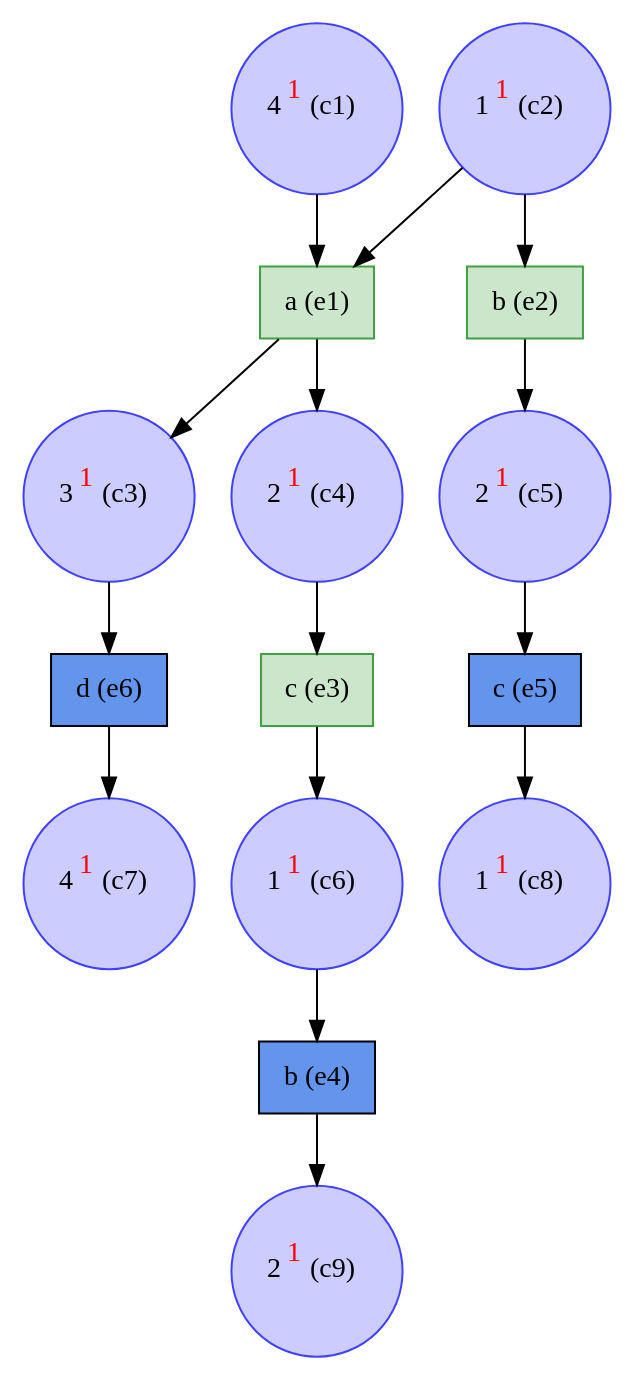
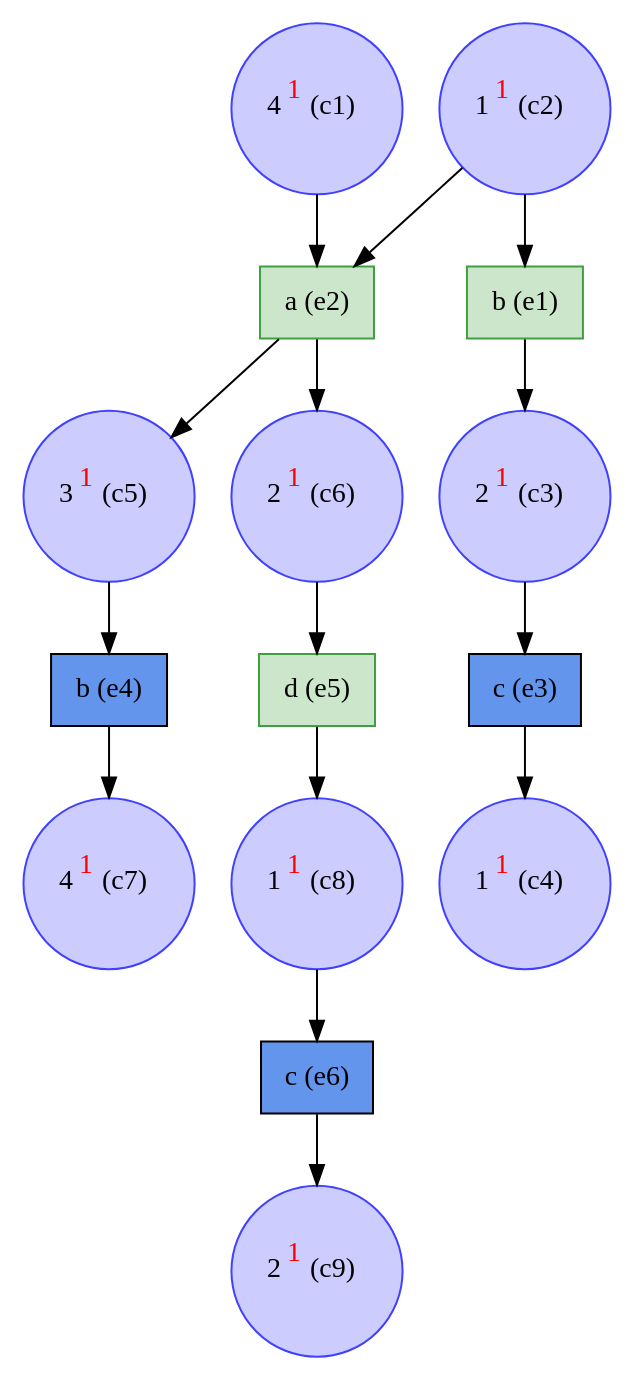
Before and after one commit to giannkas/ecofolder: the diagram in examples/stefan_slide/stefan_slide_unf.dot, drawn with Graphviz. The commit also changed 22 other files, not shown here.

```diff
--- a/examples/stefan_slide/stefan_slide_unf.dot
+++ b/examples/stefan_slide/stefan_slide_unf.dot
@@ -1,31 +1,31 @@
 digraph test {
-  c1 -> e1;
+  c1 -> e2;
   c2 -> e2;
   c2 -> e1;
   e1 -> c3;
-  c3 -> e6;
-  e1 -> c4;
-  c4 -> e3;
+  c3 -> e3;
+  e3 -> c4;
   e2 -> c5;
-  c5 -> e5;
-  e3 -> c6;
-  c6 -> e4;
-  e6 -> c7;
+  c5 -> e4;
+  e2 -> c6;
+  c6 -> e5;
+  e4 -> c7;
   e5 -> c8;
-  e4 -> c9;
+  c8 -> e6;
+  e6 -> c9;
   c1 [color="#4040ff" fillcolor="#ccccff" label= <4<FONT COLOR="red"><SUP>1</SUP></FONT>&nbsp;(c1)> shape=circle style=filled];
   c2 [color="#4040ff" fillcolor="#ccccff" label= <1<FONT COLOR="red"><SUP>1</SUP></FONT>&nbsp;(c2)> shape=circle style=filled];
-  c3 [color="#4040ff" fillcolor="#ccccff" label= <3<FONT COLOR="red"><SUP>1</SUP></FONT>&nbsp;(c3)> shape=circle style=filled];
-  c4 [color="#4040ff" fillcolor="#ccccff" label= <2<FONT COLOR="red"><SUP>1</SUP></FONT>&nbsp;(c4)> shape=circle style=filled];
-  c5 [color="#4040ff" fillcolor="#ccccff" label= <2<FONT COLOR="red"><SUP>1</SUP></FONT>&nbsp;(c5)> shape=circle style=filled];
-  c6 [color="#4040ff" fillcolor="#ccccff" label= <1<FONT COLOR="red"><SUP>1</SUP></FONT>&nbsp;(c6)> shape=circle style=filled];
+  c3 [color="#4040ff" fillcolor="#ccccff" label= <2<FONT COLOR="red"><SUP>1</SUP></FONT>&nbsp;(c3)> shape=circle style=filled];
+  c4 [color="#4040ff" fillcolor="#ccccff" label= <1<FONT COLOR="red"><SUP>1</SUP></FONT>&nbsp;(c4)> shape=circle style=filled];
+  c5 [color="#4040ff" fillcolor="#ccccff" label= <3<FONT COLOR="red"><SUP>1</SUP></FONT>&nbsp;(c5)> shape=circle style=filled];
+  c6 [color="#4040ff" fillcolor="#ccccff" label= <2<FONT COLOR="red"><SUP>1</SUP></FONT>&nbsp;(c6)> shape=circle style=filled];
   c7 [color="#4040ff" fillcolor="#ccccff" label= <4<FONT COLOR="red"><SUP>1</SUP></FONT>&nbsp;(c7)> shape=circle style=filled];
   c8 [color="#4040ff" fillcolor="#ccccff" label= <1<FONT COLOR="red"><SUP>1</SUP></FONT>&nbsp;(c8)> shape=circle style=filled];
   c9 [color="#4040ff" fillcolor="#ccccff" label= <2<FONT COLOR="red"><SUP>1</SUP></FONT>&nbsp;(c9)> shape=circle style=filled];
-  e1 [color="#409f40" fillcolor="#cce6cc" label="a (e1)" shape=box style=filled];
-  e2 [color="#409f40" fillcolor="#cce6cc" label="b (e2)" shape=box style=filled];
-  e3 [color="#409f40" fillcolor="#cce6cc" label="c (e3)" shape=box style=filled];
+  e1 [color="#409f40" fillcolor="#cce6cc" label="b (e1)" shape=box style=filled];
+  e2 [color="#409f40" fillcolor="#cce6cc" label="a (e2)" shape=box style=filled];
+  e3 [color=black fillcolor=cornflowerblue label="c (e3)" shape=box style=filled];
   e4 [color=black fillcolor=cornflowerblue label="b (e4)" shape=box style=filled];
-  e5 [color=black fillcolor=cornflowerblue label="c (e5)" shape=box style=filled];
-  e6 [color=black fillcolor=cornflowerblue label="d (e6)" shape=box style=filled];
+  e5 [color="#409f40" fillcolor="#cce6cc" label="d (e5)" shape=box style=filled];
+  e6 [color=black fillcolor=cornflowerblue label="c (e6)" shape=box style=filled];
 }
```
